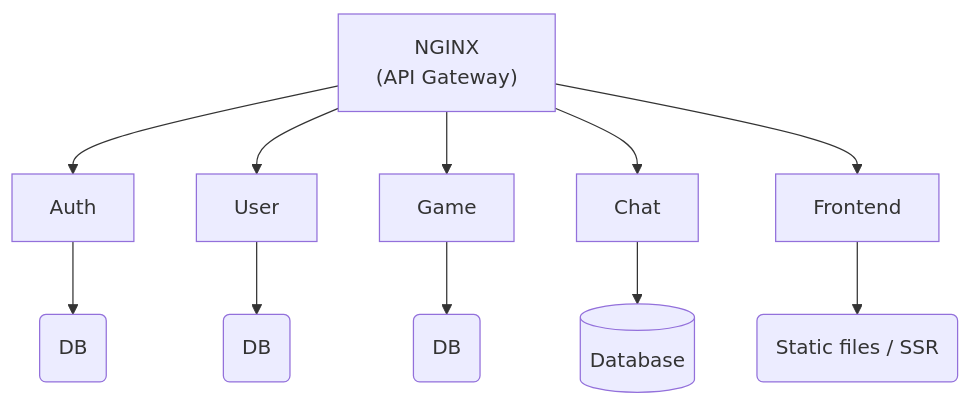
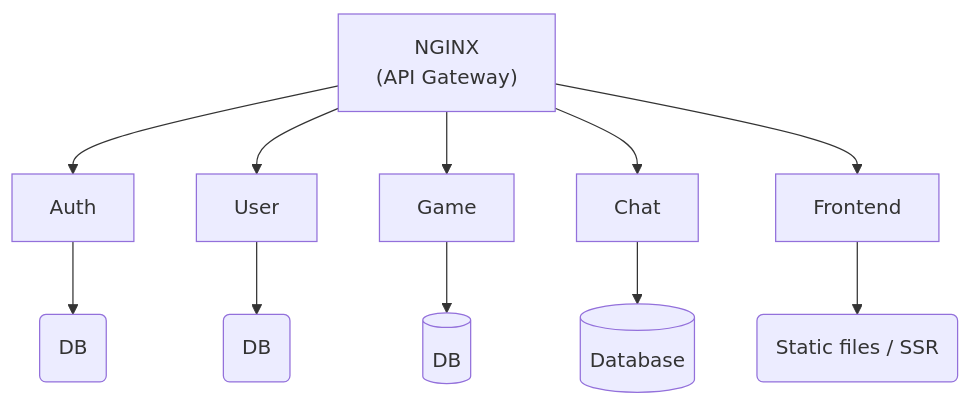
Before and after one commit to ccg-v/ft_transcendence: the diagram in docs/00_MODULE_SELECTION _+_MICROSERVICES_BREAKDOWN.md, drawn with Mermaid.

Commit message:
Documentation stuff

````diff
--- a/docs/00_MODULE_SELECTION _+_MICROSERVICES_BREAKDOWN.md
+++ b/docs/00_MODULE_SELECTION _+_MICROSERVICES_BREAKDOWN.md
@@ -3,9 +3,9 @@
 ```mermaid
 graph TD;
     NGINX["`NGINX
     (API Gateway)`"]-->Auth-->A("DB");
     NGINX-->User-->B("DB");
-   	NGINX-->Game-->C("DB");
-   	NGINX-->Chat--> id1[(Database)];
+   	NGINX-->Game-->C[(DB)];
+   	NGINX-->Chat--> D[(Database)];
     NGINX-->Frontend-->E("Static files / SSR");
 ```
````
